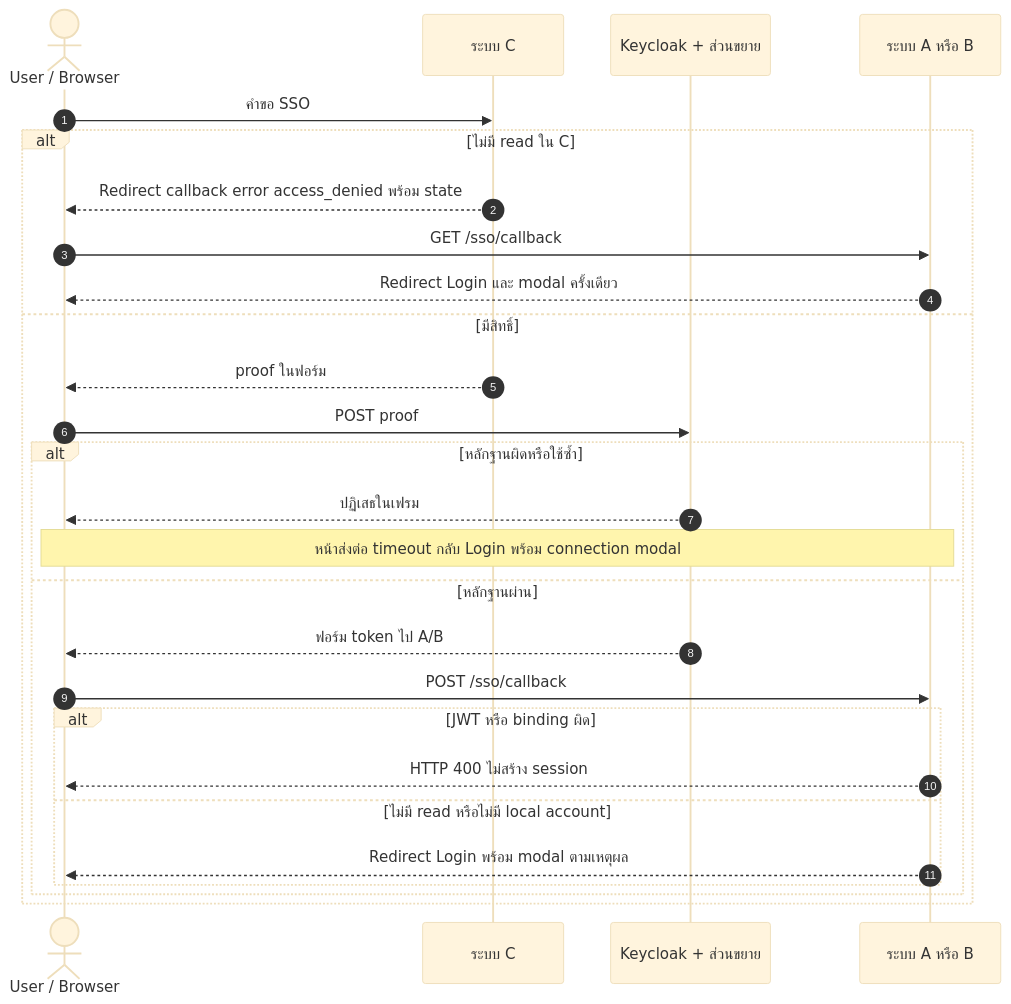
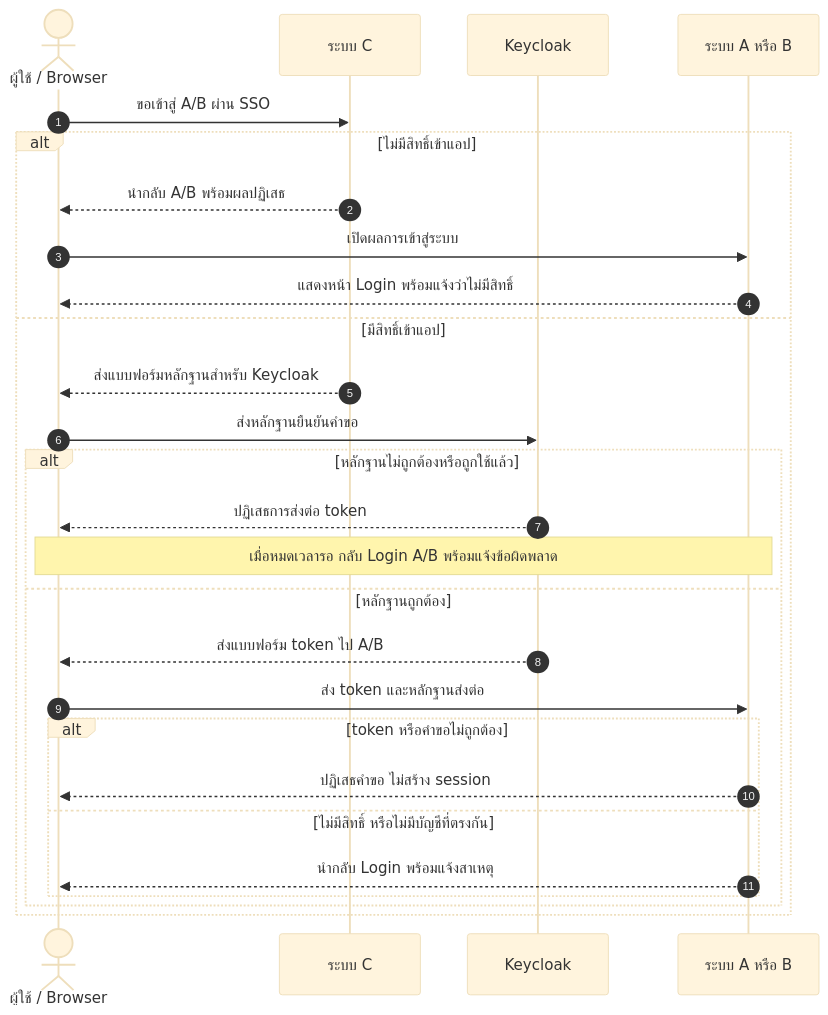
One commit to Sin1apachai/poc_sso changed the ninth of 22 diagrams in docs/flows/LOGIN-AND-SESSION.md. Above: the diagram before and after it, drawn with Mermaid (base theme). The commit also changed other lines of this file and 69 other files, not shown here.

Commit message:
Add IdP heartbeat, Keycloak API collection and revised SSO guides

````diff
--- a/docs/flows/LOGIN-AND-SESSION.md
+++ b/docs/flows/LOGIN-AND-SESSION.md
@@ -215,29 +218,29 @@
 ```mermaid
 sequenceDiagram
     autonumber
-actor U as User / Browser
+    actor U as ผู้ใช้ / Browser
     participant C as ระบบ C
-    participant K as Keycloak + ส่วนขยาย
+    participant K as Keycloak
     participant A as ระบบ A หรือ B
-    U->>C: คำขอ SSO
-    alt ไม่มี read ใน C
-        C-->>U: Redirect callback error access_denied พร้อม state
-        U->>A: GET /sso/callback
-        A-->>U: Redirect Login และ modal ครั้งเดียว
-    else มีสิทธิ์
-        C-->>U: proof ในฟอร์ม
-        U->>K: POST proof
-        alt หลักฐานผิดหรือใช้ซ้ำ
-            K-->>U: ปฏิเสธในเฟรม
-            Note over U,A: หน้าส่งต่อ timeout กลับ Login พร้อม connection modal
-        else หลักฐานผ่าน
-            K-->>U: ฟอร์ม token ไป A/B
-            U->>A: POST /sso/callback
-            alt JWT หรือ binding ผิด
-                A-->>U: HTTP 400 ไม่สร้าง session
-            else ไม่มี read หรือไม่มี local account
-                A-->>U: Redirect Login พร้อม modal ตามเหตุผล
+    U->>C: ขอเข้าสู่ A/B ผ่าน SSO
+    alt ไม่มีสิทธิ์เข้าแอป
+        C-->>U: นำกลับ A/B พร้อมผลปฏิเสธ
+        U->>A: เปิดผลการเข้าสู่ระบบ
+        A-->>U: แสดงหน้า Login พร้อมแจ้งว่าไม่มีสิทธิ์
+    else มีสิทธิ์เข้าแอป
+        C-->>U: ส่งแบบฟอร์มหลักฐานสำหรับ Keycloak
+        U->>K: ส่งหลักฐานยืนยันคำขอ
+        alt หลักฐานไม่ถูกต้องหรือถูกใช้แล้ว
+            K-->>U: ปฏิเสธการส่งต่อ token
+            Note over U,A: เมื่อหมดเวลารอ กลับ Login A/B พร้อมแจ้งข้อผิดพลาด
+        else หลักฐานถูกต้อง
+            K-->>U: ส่งแบบฟอร์ม token ไป A/B
+            U->>A: ส่ง token และหลักฐานส่งต่อ
+            alt token หรือคำขอไม่ถูกต้อง
+                A-->>U: ปฏิเสธคำขอ ไม่สร้าง session
+            else ไม่มีสิทธิ์ หรือไม่มีบัญชีที่ตรงกัน
+                A-->>U: นำกลับ Login พร้อมแจ้งสาเหตุ
             end
         end
     end
 ```
````
